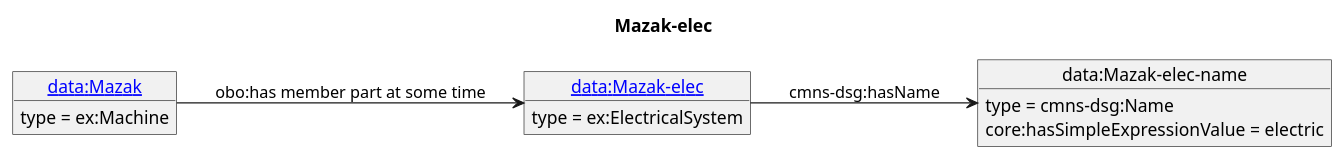
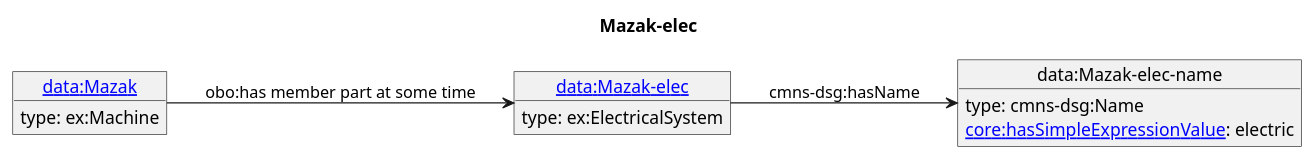
The diagram in diagrams/Mazak-elec.puml (iofoundry/example-syseng-mtconnect), drawn with PlantUML before and after one commit. The commit also changed 143 other files, not shown here.

Commit message:
Added links for core ontology

```diff
--- a/diagrams/Mazak-elec.puml
+++ b/diagrams/Mazak-elec.puml
@@ -1,17 +1,17 @@
 @startuml
 skinparam linetype polyline
 left to right direction
 title Mazak-elec
 object "[[./Mazak-elec.html data:Mazak-elec]]" as o1 {
- type = ex:ElectricalSystem
- }
+ type: ex:ElectricalSystem 
+}
 object "data:Mazak-elec-name" as o2 {
- type = cmns-dsg:Name
- }
+ type: cmns-dsg:Name 
+}
 object "[[./Mazak.html data:Mazak]]" as o3 {
- type = ex:Machine
- }
+ type: ex:Machine 
+}
 o1 --> o2 : cmns-dsg:hasName
-o2 : core:hasSimpleExpressionValue = electric
+o2 : [[https://spec.industrialontologies.org/ontology/core/Core/hasSimpleExpressionValue core:hasSimpleExpressionValue]]: electric
 o3 --> o1 : obo:has member part at some time
 @enduml
```
